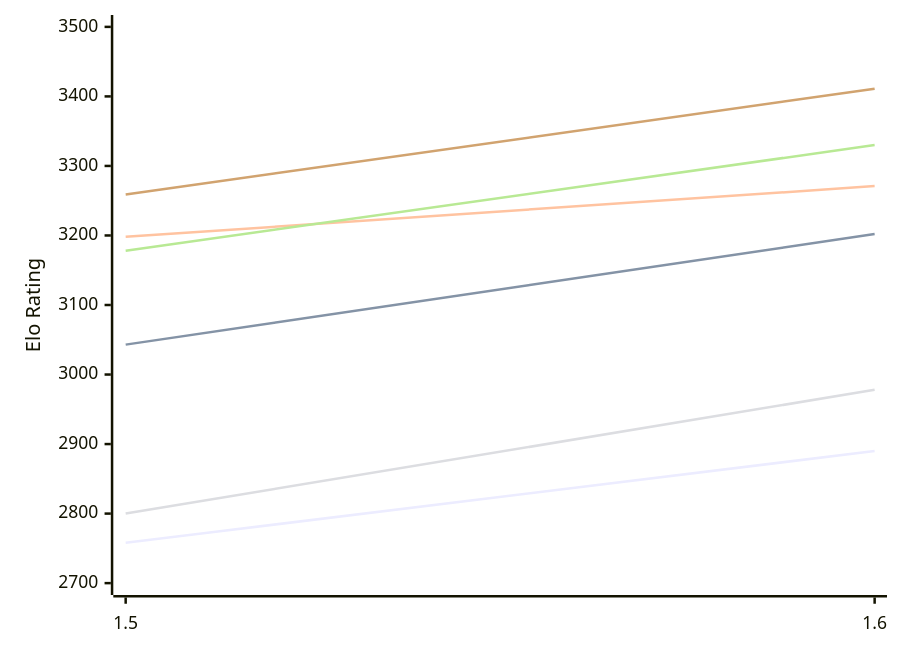
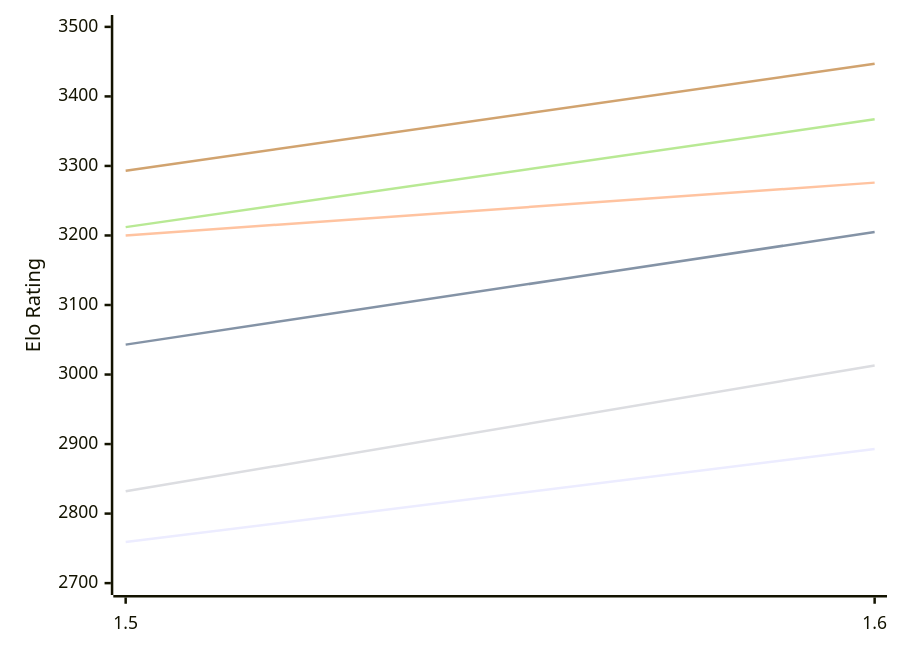
Before and after one commit to computer-chess-index/cci: the first of 2 diagrams in engines/Yakka.md, drawn with Mermaid. The commit also changed other lines of this file, not shown here.

Commit message:
Update CCI Ratings (ELO VLTC) - 2026-11-05

````diff
--- a/engines/Yakka.md
+++ b/engines/Yakka.md
@@ -51,12 +51,12 @@
 ```mermaid
 %%{init: {"theme":"base","themeVariables":{"seriesColors:['#a3a3a3','#222221','#faa371']}}}%%
 xychart-beta
   x-axis ["1.5", "1.6"]
   y-axis "Elo Rating" 2700 --> 3500
-  line "E1: STC (8.0+0.08s)" [2758, 2890]
-  line "E1: LTC (60.0+0.60s)" [3043, 3202]
-  line "E1: VLTC (2m24s+1.12s)" [3198, 3271]
-  line "P1: STC (8.0+0.08s)" [2800, 2978]
-  line "P1: LTC (60.0+0.60s)" [3178, 3330]
-  line "P1: VLTC (2m24s+1.12s)" [3259, 3411]
+  line "E1: STC (8.0+0.08s)" [2759, 2893]
+  line "E1: LTC (60.0+0.60s)" [3043, 3205]
+  line "E1: VLTC (2m24s+1.12s)" [3200, 3276]
+  line "P1: STC (8.0+0.08s)" [2832, 3013]
+  line "P1: LTC (60.0+0.60s)" [3212, 3367]
+  line "P1: VLTC (2m24s+1.12s)" [3293, 3447]
 ```
````
